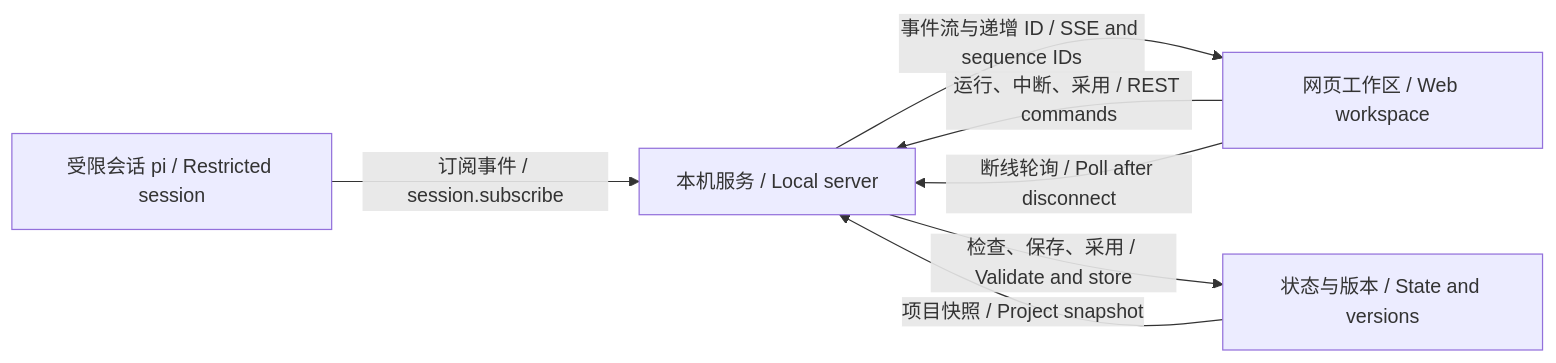
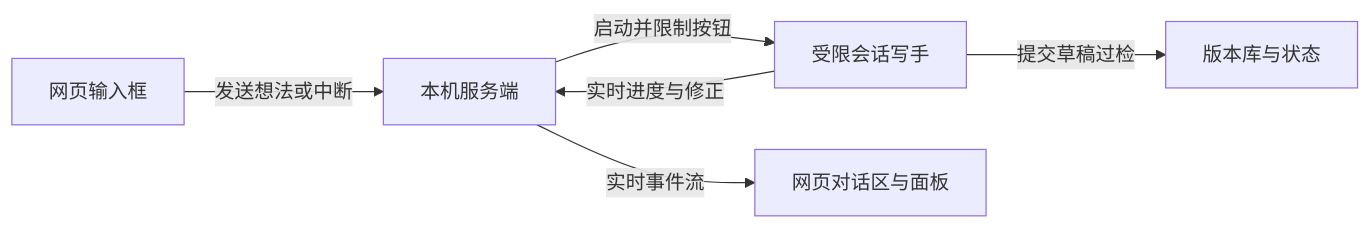
One commit to yukawasensei/harness-book-for-everyone changed the diagram in book/build/chapters/p02.md. Above: the diagram before and after it, drawn with Mermaid. The commit also changed other lines of this file and 45 other files, not shown here.

````diff
--- a/book/build/chapters/p02.md
+++ b/book/build/chapters/p02.md
@@ -13,9 +49,8 @@
 ```mermaid
 flowchart LR
-  PI["受限会话 pi / Restricted session"] -->|"订阅事件 / session.subscribe"| API["本机服务 / Local server"]
-  API -->|"事件流与递增 ID / SSE and sequence IDs"| UI["网页工作区 / Web workspace"]
-  UI -->|"运行、中断、采用 / REST commands"| API
-  API -->|"检查、保存、采用 / Validate and store"| STORE["状态与版本 / State and versions"]
-  STORE -->|"项目快照 / Project snapshot"| API
-  UI -->|"断线轮询 / Poll after disconnect"| API
+  U["网页输入框"] -->|"发送想法或中断"| S["本机服务端"]
+  S -->|"启动并限制按钮"| A["受限会话写手"]
+  A -->|"提交草稿过检"| V["版本库与状态"]
+  A -->|"实时进度与修正"| S
+  S -->|"实时事件流"| W["网页对话区与面板"]
 ```
````
